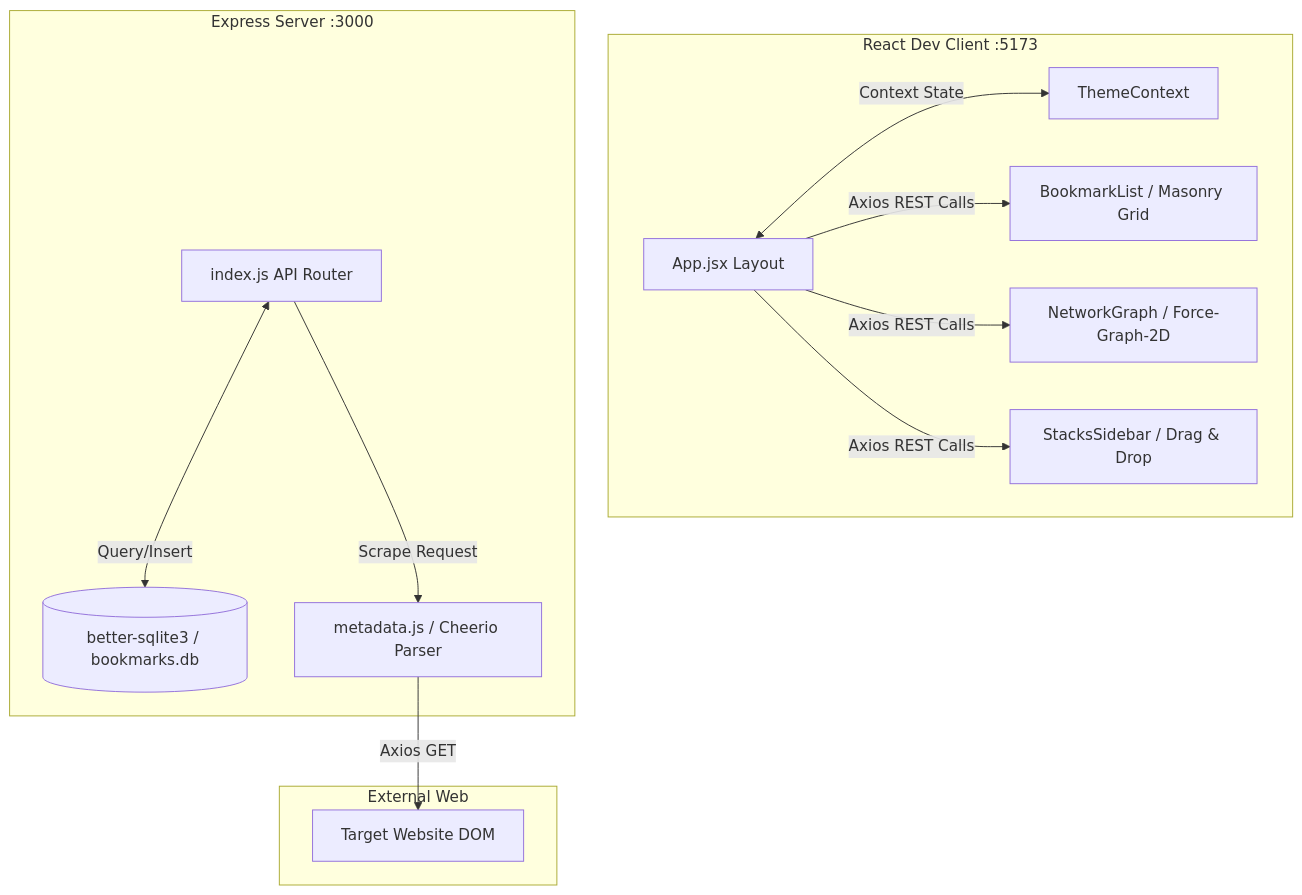
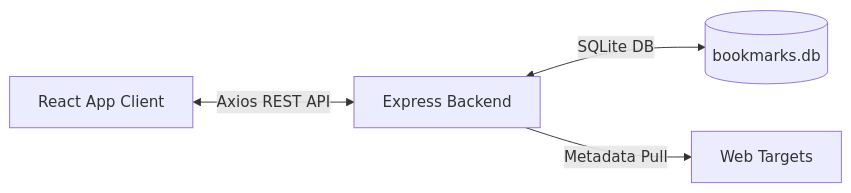
The first of 2 diagrams in README.md (chaivala-dot/Cosmos-Mind), drawn with Mermaid before and after one commit. The commit also changed other lines of this file, not shown here.

````diff
--- a/README.md
+++ b/README.md
@@ -32,18 +56,6 @@
 ```mermaid
-flowchart TD
-    subgraph Frontend [React Dev Client :5173]
-        UI[App.jsx Layout] <-->|Context State| TC[ThemeContext]
-        UI -->|Axios REST Calls| BL[BookmarkList / Masonry Grid]
-        UI -->|Axios REST Calls| NG[NetworkGraph / Force-Graph-2D]
-        UI -->|Axios REST Calls| SS[StacksSidebar / Drag & Drop]
-    end
-
-    subgraph Backend [Express Server :3000]
-        API[index.js API Router] <-->|Query/Insert| DB[(better-sqlite3 / bookmarks.db)]
-        API -->|Scrape Request| MS[metadata.js / Cheerio Parser]
-    end
-
-    subgraph External [External Web]
-        MS -->|Axios GET| EXT[Target Website DOM]
-    end
+flowchart LR
+    UI[React App Client] <-->|Axios REST API| Server[Express Backend]
+    Server <-->|SQLite DB| DB[(bookmarks.db)]
+    Server -->|Metadata Pull| Web[Web Targets]
 ```
````
